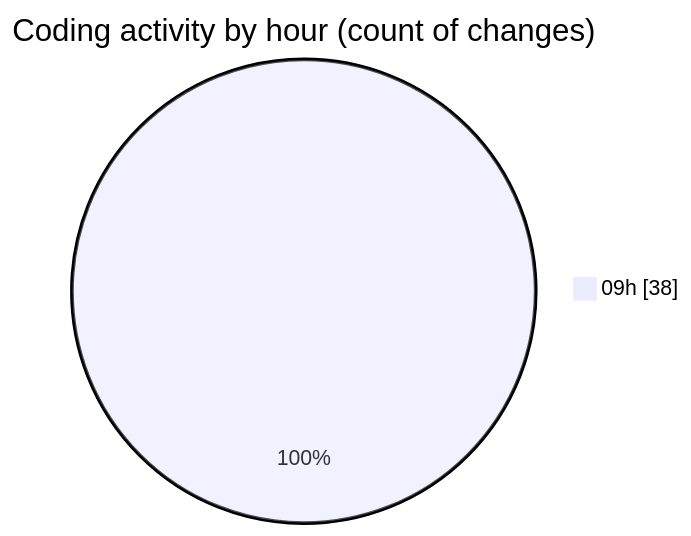
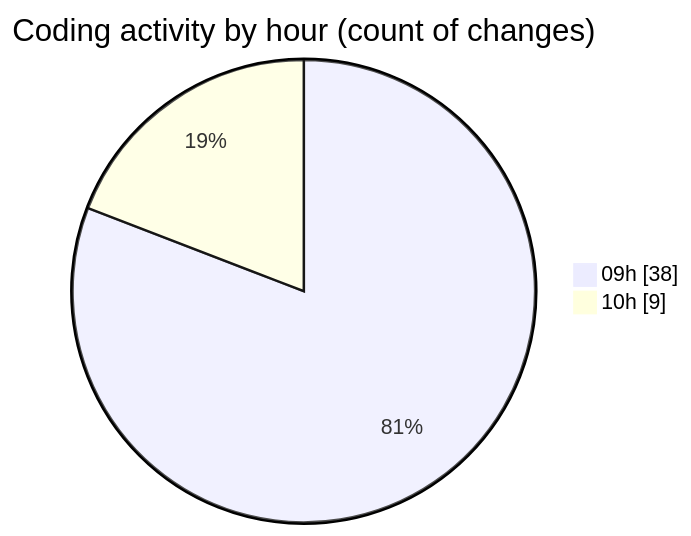
One commit to momahboobian/code-tracking changed the second of 2 diagrams in 2026-10-22/cda/README.md. Above: the diagram before and after it, drawn with Mermaid. The commit also changed other lines of this file and 1 other file, not shown here.

````diff
--- a/2026-10-22/cda/README.md
+++ b/2026-10-22/cda/README.md
@@ -40,5 +41,6 @@
 ```mermaid
 pie showData
 title Coding activity by hour (count of changes)
 "09h" : 38
+"10h" : 9
 ```
````
